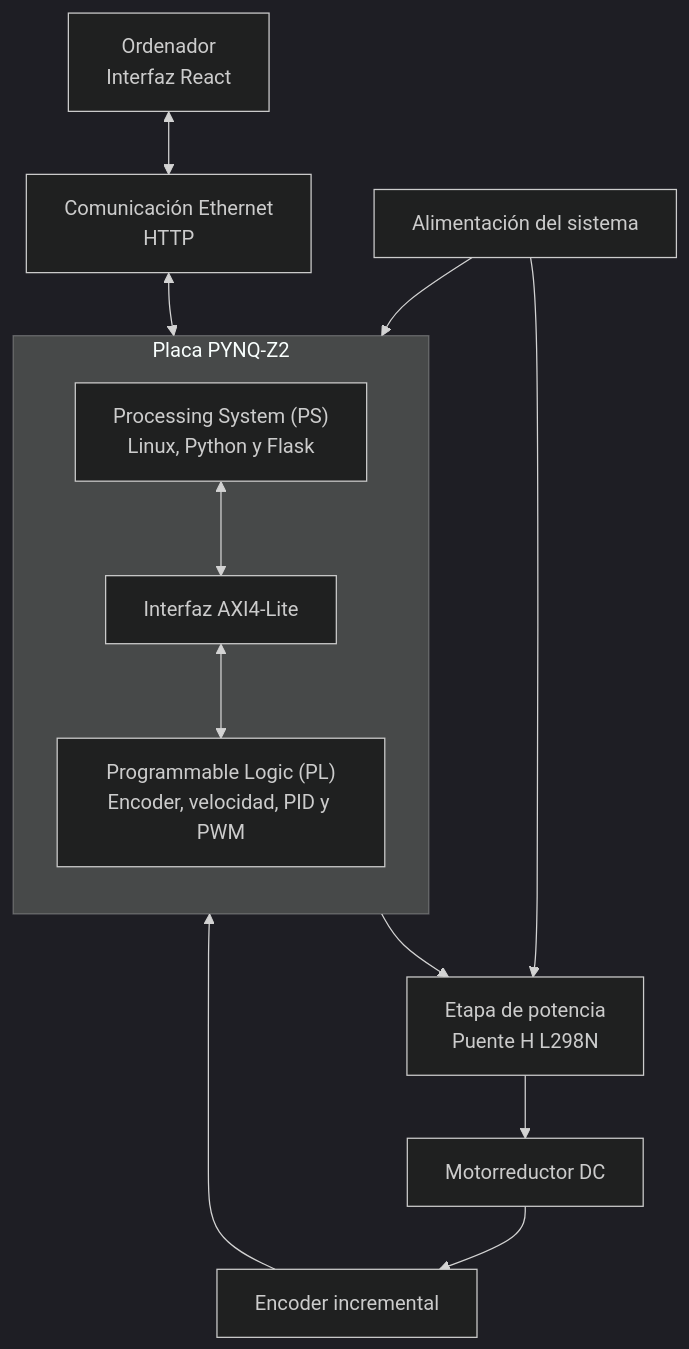
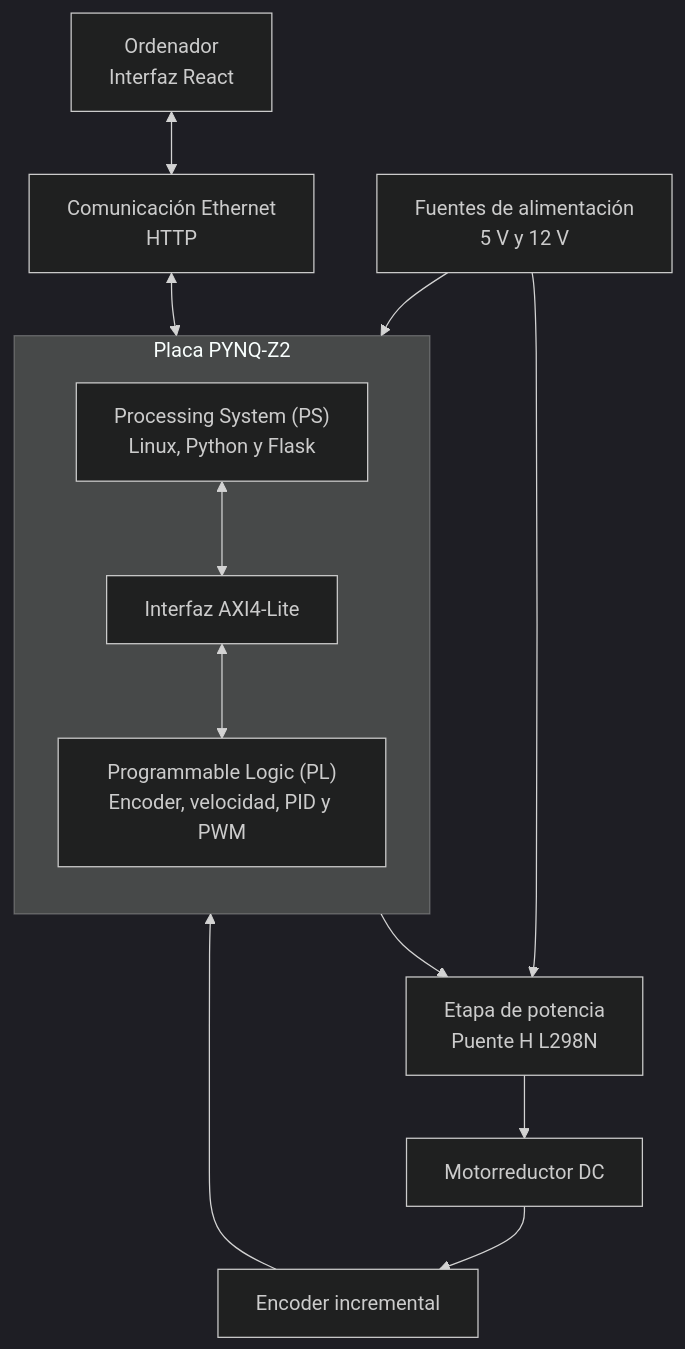
The diagram in README.md (hectorteran1205-hash/TFG_control_velocidad_PYNQ), drawn with Mermaid (dark theme) before and after one commit. The commit also changed other lines of this file, not shown here.

````diff
--- a/README.md
+++ b/README.md
@@ -43,29 +43,29 @@
 ```mermaid
 flowchart TB
     PC["Ordenador<br/>Interfaz React"]
     NET["Comunicación Ethernet<br/>HTTP"]
 
     subgraph PYNQ["Placa PYNQ-Z2"]
         direction TB
         PS["Processing System (PS)<br/>Linux, Python y Flask"]
         AXI["Interfaz AXI4-Lite"]
         PL["Programmable Logic (PL)<br/>Encoder, velocidad, PID y PWM"]
 
         PS <--> AXI
         AXI <--> PL
     end
 
     DRIVER["Etapa de potencia<br/>Puente H L298N"]
     MOTOR["Motorreductor DC"]
     ENCODER["Encoder incremental"]
-    SUPPLY["Alimentación del sistema"]
+    SUPPLY["Fuentes de alimentación<br/>5 V y 12 V"]
 
     PC <--> NET
     NET <--> PS
     PL --> DRIVER
     DRIVER --> MOTOR
     MOTOR --> ENCODER
     ENCODER --> PL
     SUPPLY --> PYNQ
     SUPPLY --> DRIVER
 ```
````
